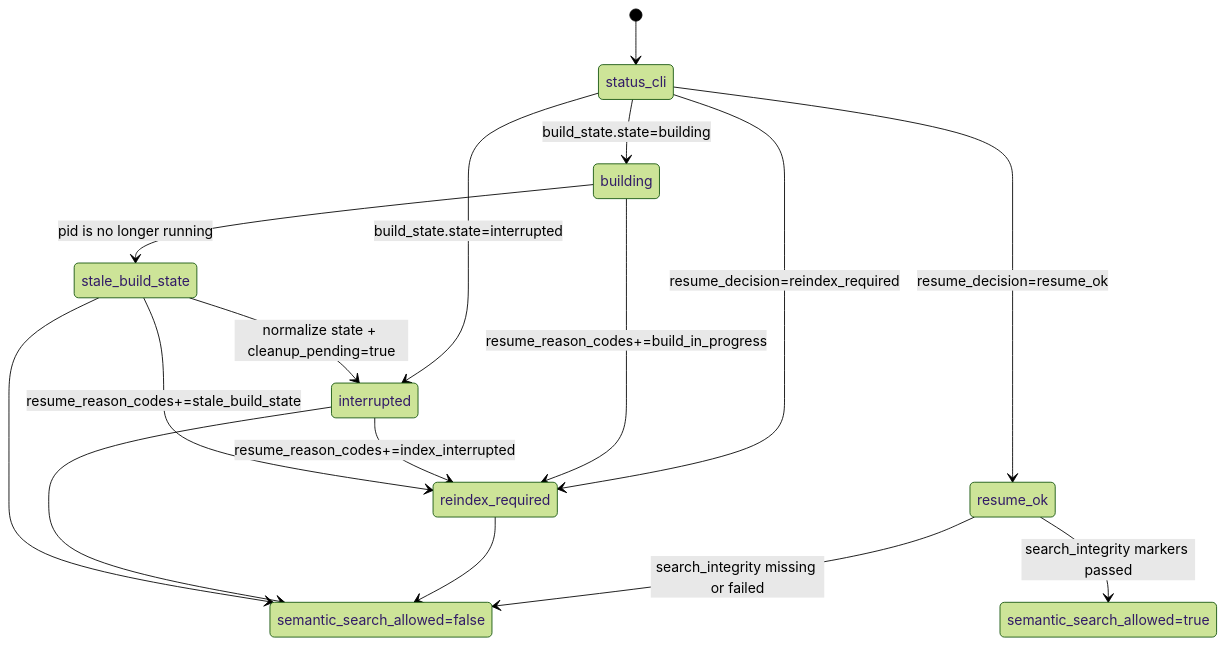
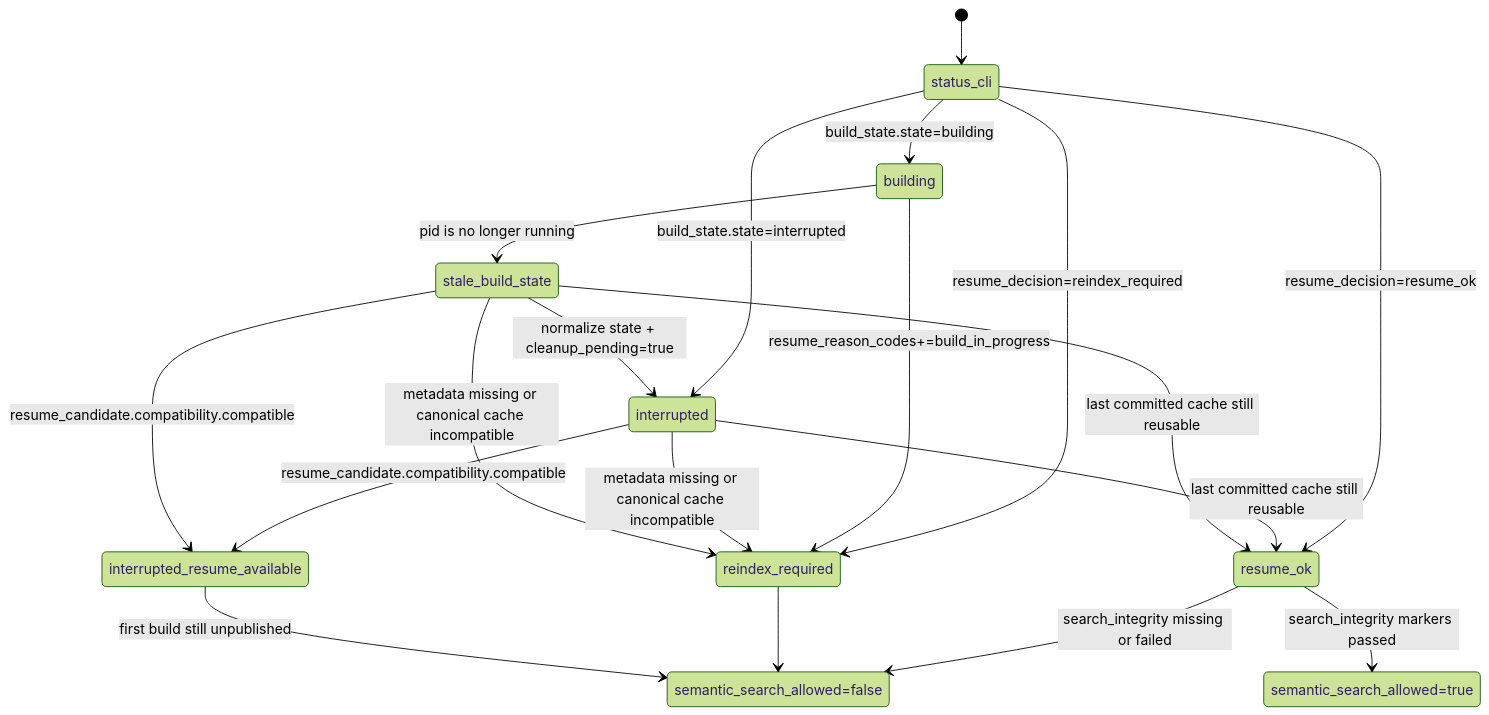
Before and after one commit to asmundur/gloggur: the diagram in docs/state-diagrams/application-state.md, drawn with Mermaid (forest theme). The commit also changed other lines of this file and 15 other files, not shown here.

Commit message:
feat(index): resume interrupted builds and reuse cached embedding batches

````diff
--- a/docs/state-diagrams/application-state.md
+++ b/docs/state-diagrams/application-state.md
@@ -19,30 +20,34 @@
 ```mermaid
 stateDiagram-v2
     [*] --> status_cli
 
     state "status_cli" as status_cli
     state "building" as building
     state "stale_build_state" as stale_build_state
     state "interrupted" as interrupted
+    state "interrupted_resume_available" as interrupted_resume_available
     state "resume_ok" as resume_ok
     state "reindex_required" as reindex_required
     state "semantic_search_allowed=true" as semantic_search_allowed_true
     state "semantic_search_allowed=false" as semantic_search_allowed_false
 
     status_cli --> building: build_state.state=building
     status_cli --> interrupted: build_state.state=interrupted
     building --> stale_build_state: pid is no longer running
     stale_build_state --> interrupted: normalize state + cleanup_pending=true
 
     status_cli --> resume_ok: resume_decision=resume_ok
     status_cli --> reindex_required: resume_decision=reindex_required
     building --> reindex_required: resume_reason_codes+=build_in_progress
-    interrupted --> reindex_required: resume_reason_codes+=index_interrupted
-    stale_build_state --> reindex_required: resume_reason_codes+=stale_build_state
+    interrupted --> interrupted_resume_available: resume_candidate.compatibility.compatible
+    stale_build_state --> interrupted_resume_available: resume_candidate.compatibility.compatible
+    interrupted --> reindex_required: metadata missing or canonical cache incompatible
+    stale_build_state --> reindex_required: metadata missing or canonical cache incompatible
+    interrupted --> resume_ok: last committed cache still reusable
+    stale_build_state --> resume_ok: last committed cache still reusable
 
     resume_ok --> semantic_search_allowed_true: search_integrity markers passed
     resume_ok --> semantic_search_allowed_false: search_integrity missing or failed
     reindex_required --> semantic_search_allowed_false
-    interrupted --> semantic_search_allowed_false
-    stale_build_state --> semantic_search_allowed_false
+    interrupted_resume_available --> semantic_search_allowed_false: first build still unpublished
 ```
````
